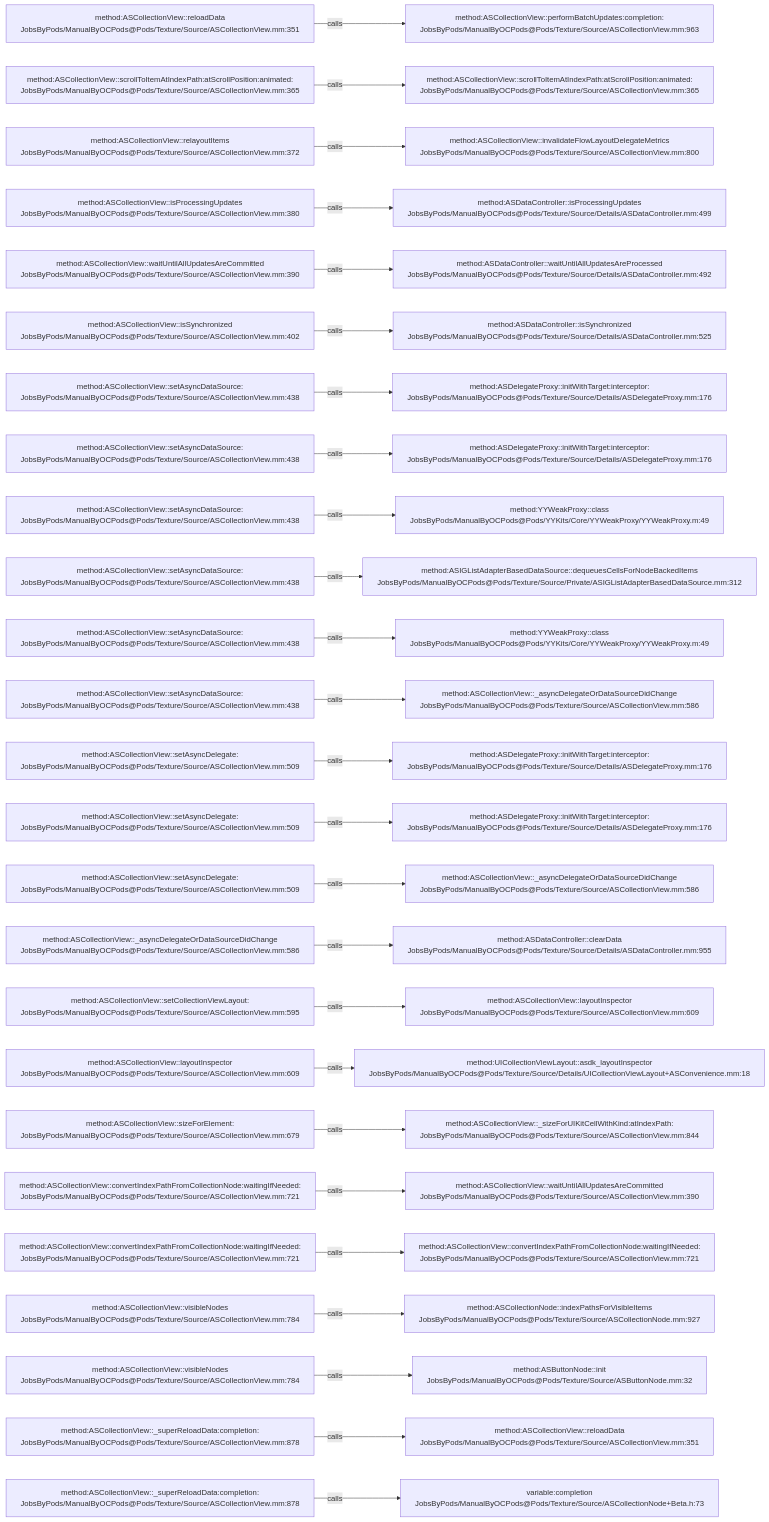
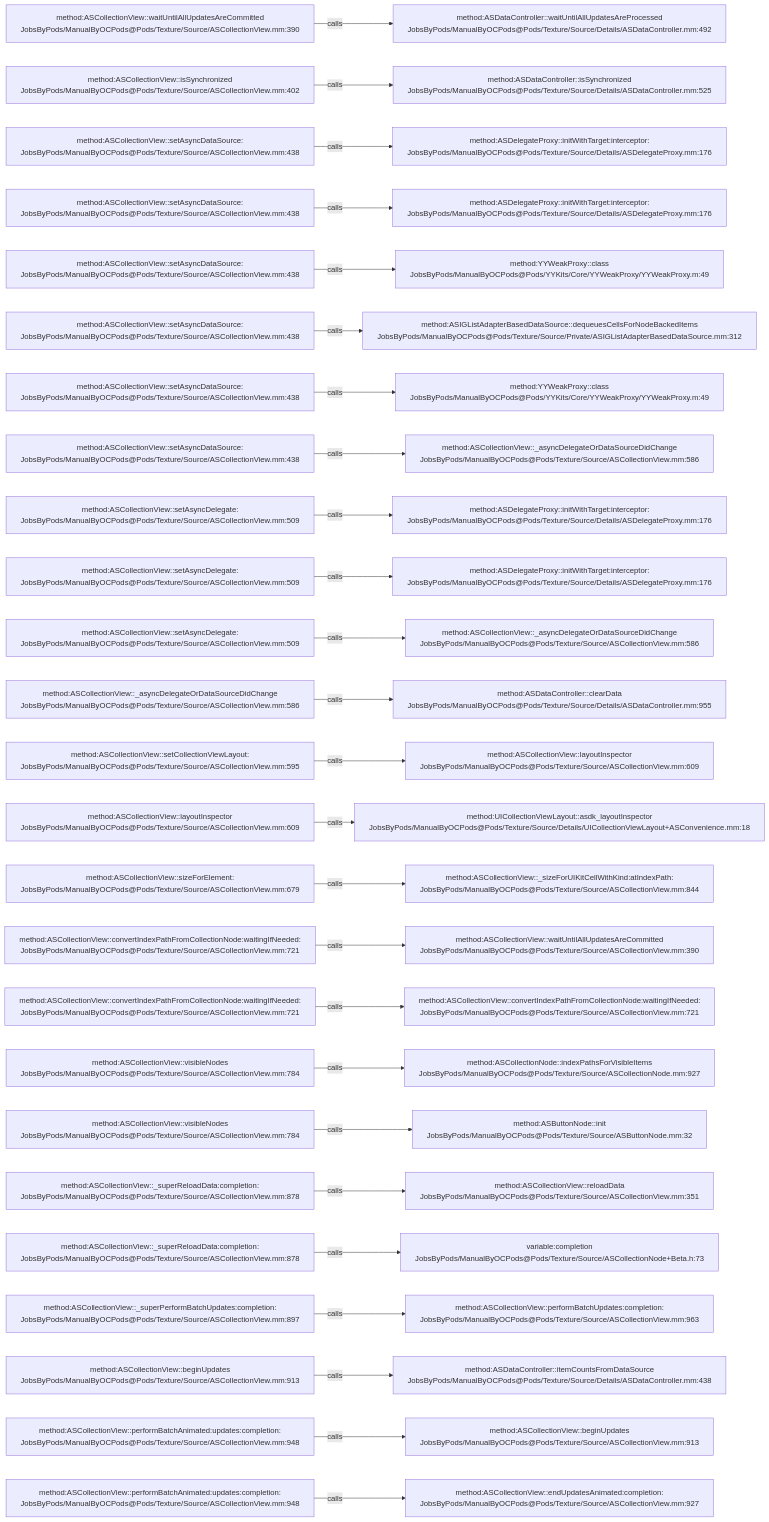
The diagram in .codegraph/codegraph.md/graphs/calls-078.md (JobsKits/JobsOCBaseConfigDemo), drawn with Mermaid before and after one commit. The commit also changed 727 other files, not shown here.

````diff
--- a/.codegraph/codegraph.md/graphs/calls-078.md
+++ b/.codegraph/codegraph.md/graphs/calls-078.md
@@ -13,78 +13,78 @@
 ```mermaid
 flowchart LR
-  S1["method:ASCollectionView::reloadData<br/>JobsByPods/ManualByOCPods@Pods/Texture/Source/ASCollectionView.mm:351"]
-  T1["method:ASCollectionView::performBatchUpdates:completion:<br/>JobsByPods/ManualByOCPods@Pods/Texture/Source/ASCollectionView.mm:963"]
+  S1["method:ASCollectionView::waitUntilAllUpdatesAreCommitted<br/>JobsByPods/ManualByOCPods@Pods/Texture/Source/ASCollectionView.mm:390"]
+  T1["method:ASDataController::waitUntilAllUpdatesAreProcessed<br/>JobsByPods/ManualByOCPods@Pods/Texture/Source/Details/ASDataController.mm:492"]
   S1 -->|calls| T1
-  S2["method:ASCollectionView::scrollToItemAtIndexPath:atScrollPosition:animated:<br/>JobsByPods/ManualByOCPods@Pods/Texture/Source/ASCollectionView.mm:365"]
-  T2["method:ASCollectionView::scrollToItemAtIndexPath:atScrollPosition:animated:<br/>JobsByPods/ManualByOCPods@Pods/Texture/Source/ASCollectionView.mm:365"]
+  S2["method:ASCollectionView::isSynchronized<br/>JobsByPods/ManualByOCPods@Pods/Texture/Source/ASCollectionView.mm:402"]
+  T2["method:ASDataController::isSynchronized<br/>JobsByPods/ManualByOCPods@Pods/Texture/Source/Details/ASDataController.mm:525"]
   S2 -->|calls| T2
-  S3["method:ASCollectionView::relayoutItems<br/>JobsByPods/ManualByOCPods@Pods/Texture/Source/ASCollectionView.mm:372"]
-  T3["method:ASCollectionView::invalidateFlowLayoutDelegateMetrics<br/>JobsByPods/ManualByOCPods@Pods/Texture/Source/ASCollectionView.mm:800"]
+  S3["method:ASCollectionView::setAsyncDataSource:<br/>JobsByPods/ManualByOCPods@Pods/Texture/Source/ASCollectionView.mm:438"]
+  T3["method:ASDelegateProxy::initWithTarget:interceptor:<br/>JobsByPods/ManualByOCPods@Pods/Texture/Source/Details/ASDelegateProxy.mm:176"]
   S3 -->|calls| T3
-  S4["method:ASCollectionView::isProcessingUpdates<br/>JobsByPods/ManualByOCPods@Pods/Texture/Source/ASCollectionView.mm:380"]
-  T4["method:ASDataController::isProcessingUpdates<br/>JobsByPods/ManualByOCPods@Pods/Texture/Source/Details/ASDataController.mm:499"]
+  S4["method:ASCollectionView::setAsyncDataSource:<br/>JobsByPods/ManualByOCPods@Pods/Texture/Source/ASCollectionView.mm:438"]
+  T4["method:ASDelegateProxy::initWithTarget:interceptor:<br/>JobsByPods/ManualByOCPods@Pods/Texture/Source/Details/ASDelegateProxy.mm:176"]
   S4 -->|calls| T4
-  S5["method:ASCollectionView::waitUntilAllUpdatesAreCommitted<br/>JobsByPods/ManualByOCPods@Pods/Texture/Source/ASCollectionView.mm:390"]
-  T5["method:ASDataController::waitUntilAllUpdatesAreProcessed<br/>JobsByPods/ManualByOCPods@Pods/Texture/Source/Details/ASDataController.mm:492"]
+  S5["method:ASCollectionView::setAsyncDataSource:<br/>JobsByPods/ManualByOCPods@Pods/Texture/Source/ASCollectionView.mm:438"]
+  T5["method:YYWeakProxy::class<br/>JobsByPods/ManualByOCPods@Pods/YYKits/Core/YYWeakProxy/YYWeakProxy.m:49"]
   S5 -->|calls| T5
-  S6["method:ASCollectionView::isSynchronized<br/>JobsByPods/ManualByOCPods@Pods/Texture/Source/ASCollectionView.mm:402"]
-  T6["method:ASDataController::isSynchronized<br/>JobsByPods/ManualByOCPods@Pods/Texture/Source/Details/ASDataController.mm:525"]
+  S6["method:ASCollectionView::setAsyncDataSource:<br/>JobsByPods/ManualByOCPods@Pods/Texture/Source/ASCollectionView.mm:438"]
+  T6["method:ASIGListAdapterBasedDataSource::dequeuesCellsForNodeBackedItems<br/>JobsByPods/ManualByOCPods@Pods/Texture/Source/Private/ASIGListAdapterBasedDataSource.mm:312"]
   S6 -->|calls| T6
   S7["method:ASCollectionView::setAsyncDataSource:<br/>JobsByPods/ManualByOCPods@Pods/Texture/Source/ASCollectionView.mm:438"]
-  T7["method:ASDelegateProxy::initWithTarget:interceptor:<br/>JobsByPods/ManualByOCPods@Pods/Texture/Source/Details/ASDelegateProxy.mm:176"]
+  T7["method:YYWeakProxy::class<br/>JobsByPods/ManualByOCPods@Pods/YYKits/Core/YYWeakProxy/YYWeakProxy.m:49"]
   S7 -->|calls| T7
   S8["method:ASCollectionView::setAsyncDataSource:<br/>JobsByPods/ManualByOCPods@Pods/Texture/Source/ASCollectionView.mm:438"]
-  T8["method:ASDelegateProxy::initWithTarget:interceptor:<br/>JobsByPods/ManualByOCPods@Pods/Texture/Source/Details/ASDelegateProxy.mm:176"]
+  T8["method:ASCollectionView::_asyncDelegateOrDataSourceDidChange<br/>JobsByPods/ManualByOCPods@Pods/Texture/Source/ASCollectionView.mm:586"]
   S8 -->|calls| T8
-  S9["method:ASCollectionView::setAsyncDataSource:<br/>JobsByPods/ManualByOCPods@Pods/Texture/Source/ASCollectionView.mm:438"]
-  T9["method:YYWeakProxy::class<br/>JobsByPods/ManualByOCPods@Pods/YYKits/Core/YYWeakProxy/YYWeakProxy.m:49"]
+  S9["method:ASCollectionView::setAsyncDelegate:<br/>JobsByPods/ManualByOCPods@Pods/Texture/Source/ASCollectionView.mm:509"]
+  T9["method:ASDelegateProxy::initWithTarget:interceptor:<br/>JobsByPods/ManualByOCPods@Pods/Texture/Source/Details/ASDelegateProxy.mm:176"]
   S9 -->|calls| T9
-  S10["method:ASCollectionView::setAsyncDataSource:<br/>JobsByPods/ManualByOCPods@Pods/Texture/Source/ASCollectionView.mm:438"]
-  T10["method:ASIGListAdapterBasedDataSource::dequeuesCellsForNodeBackedItems<br/>JobsByPods/ManualByOCPods@Pods/Texture/Source/Private/ASIGListAdapterBasedDataSource.mm:312"]
+  S10["method:ASCollectionView::setAsyncDelegate:<br/>JobsByPods/ManualByOCPods@Pods/Texture/Source/ASCollectionView.mm:509"]
+  T10["method:ASDelegateProxy::initWithTarget:interceptor:<br/>JobsByPods/ManualByOCPods@Pods/Texture/Source/Details/ASDelegateProxy.mm:176"]
   S10 -->|calls| T10
-  S11["method:ASCollectionView::setAsyncDataSource:<br/>JobsByPods/ManualByOCPods@Pods/Texture/Source/ASCollectionView.mm:438"]
-  T11["method:YYWeakProxy::class<br/>JobsByPods/ManualByOCPods@Pods/YYKits/Core/YYWeakProxy/YYWeakProxy.m:49"]
+  S11["method:ASCollectionView::setAsyncDelegate:<br/>JobsByPods/ManualByOCPods@Pods/Texture/Source/ASCollectionView.mm:509"]
+  T11["method:ASCollectionView::_asyncDelegateOrDataSourceDidChange<br/>JobsByPods/ManualByOCPods@Pods/Texture/Source/ASCollectionView.mm:586"]
   S11 -->|calls| T11
-  S12["method:ASCollectionView::setAsyncDataSource:<br/>JobsByPods/ManualByOCPods@Pods/Texture/Source/ASCollectionView.mm:438"]
-  T12["method:ASCollectionView::_asyncDelegateOrDataSourceDidChange<br/>JobsByPods/ManualByOCPods@Pods/Texture/Source/ASCollectionView.mm:586"]
+  S12["method:ASCollectionView::_asyncDelegateOrDataSourceDidChange<br/>JobsByPods/ManualByOCPods@Pods/Texture/Source/ASCollectionView.mm:586"]
+  T12["method:ASDataController::clearData<br/>JobsByPods/ManualByOCPods@Pods/Texture/Source/Details/ASDataController.mm:955"]
   S12 -->|calls| T12
-  S13["method:ASCollectionView::setAsyncDelegate:<br/>JobsByPods/ManualByOCPods@Pods/Texture/Source/ASCollectionView.mm:509"]
-  T13["method:ASDelegateProxy::initWithTarget:interceptor:<br/>JobsByPods/ManualByOCPods@Pods/Texture/Source/Details/ASDelegateProxy.mm:176"]
+  S13["method:ASCollectionView::setCollectionViewLayout:<br/>JobsByPods/ManualByOCPods@Pods/Texture/Source/ASCollectionView.mm:595"]
+  T13["method:ASCollectionView::layoutInspector<br/>JobsByPods/ManualByOCPods@Pods/Texture/Source/ASCollectionView.mm:609"]
   S13 -->|calls| T13
-  S14["method:ASCollectionView::setAsyncDelegate:<br/>JobsByPods/ManualByOCPods@Pods/Texture/Source/ASCollectionView.mm:509"]
-  T14["method:ASDelegateProxy::initWithTarget:interceptor:<br/>JobsByPods/ManualByOCPods@Pods/Texture/Source/Details/ASDelegateProxy.mm:176"]
+  S14["method:ASCollectionView::layoutInspector<br/>JobsByPods/ManualByOCPods@Pods/Texture/Source/ASCollectionView.mm:609"]
+  T14["method:UICollectionViewLayout::asdk_layoutInspector<br/>JobsByPods/ManualByOCPods@Pods/Texture/Source/Details/UICollectionViewLayout+ASConvenience.mm:18"]
   S14 -->|calls| T14
-  S15["method:ASCollectionView::setAsyncDelegate:<br/>JobsByPods/ManualByOCPods@Pods/Texture/Source/ASCollectionView.mm:509"]
-  T15["method:ASCollectionView::_asyncDelegateOrDataSourceDidChange<br/>JobsByPods/ManualByOCPods@Pods/Texture/Source/ASCollectionView.mm:586"]
+  S15["method:ASCollectionView::sizeForElement:<br/>JobsByPods/ManualByOCPods@Pods/Texture/Source/ASCollectionView.mm:679"]
+  T15["method:ASCollectionView::_sizeForUIKitCellWithKind:atIndexPath:<br/>JobsByPods/ManualByOCPods@Pods/Texture/Source/ASCollectionView.mm:844"]
   S15 -->|calls| T15
-  S16["method:ASCollectionView::_asyncDelegateOrDataSourceDidChange<br/>JobsByPods/ManualByOCPods@Pods/Texture/Source/ASCollectionView.mm:586"]
-  T16["method:ASDataController::clearData<br/>JobsByPods/ManualByOCPods@Pods/Texture/Source/Details/ASDataController.mm:955"]
+  S16["method:ASCollectionView::convertIndexPathFromCollectionNode:waitingIfNeeded:<br/>JobsByPods/ManualByOCPods@Pods/Texture/Source/ASCollectionView.mm:721"]
+  T16["method:ASCollectionView::waitUntilAllUpdatesAreCommitted<br/>JobsByPods/ManualByOCPods@Pods/Texture/Source/ASCollectionView.mm:390"]
   S16 -->|calls| T16
-  S17["method:ASCollectionView::setCollectionViewLayout:<br/>JobsByPods/ManualByOCPods@Pods/Texture/Source/ASCollectionView.mm:595"]
-  T17["method:ASCollectionView::layoutInspector<br/>JobsByPods/ManualByOCPods@Pods/Texture/Source/ASCollectionView.mm:609"]
+  S17["method:ASCollectionView::convertIndexPathFromCollectionNode:waitingIfNeeded:<br/>JobsByPods/ManualByOCPods@Pods/Texture/Source/ASCollectionView.mm:721"]
+  T17["method:ASCollectionView::convertIndexPathFromCollectionNode:waitingIfNeeded:<br/>JobsByPods/ManualByOCPods@Pods/Texture/Source/ASCollectionView.mm:721"]
   S17 -->|calls| T17
-  S18["method:ASCollectionView::layoutInspector<br/>JobsByPods/ManualByOCPods@Pods/Texture/Source/ASCollectionView.mm:609"]
-  T18["method:UICollectionViewLayout::asdk_layoutInspector<br/>JobsByPods/ManualByOCPods@Pods/Texture/Source/Details/UICollectionViewLayout+ASConvenience.mm:18"]
+  S18["method:ASCollectionView::visibleNodes<br/>JobsByPods/ManualByOCPods@Pods/Texture/Source/ASCollectionView.mm:784"]
+  T18["method:ASCollectionNode::indexPathsForVisibleItems<br/>JobsByPods/ManualByOCPods@Pods/Texture/Source/ASCollectionNode.mm:927"]
   S18 -->|calls| T18
-  S19["method:ASCollectionView::sizeForElement:<br/>JobsByPods/ManualByOCPods@Pods/Texture/Source/ASCollectionView.mm:679"]
-  T19["method:ASCollectionView::_sizeForUIKitCellWithKind:atIndexPath:<br/>JobsByPods/ManualByOCPods@Pods/Texture/Source/ASCollectionView.mm:844"]
+  S19["method:ASCollectionView::visibleNodes<br/>JobsByPods/ManualByOCPods@Pods/Texture/Source/ASCollectionView.mm:784"]
+  T19["method:ASButtonNode::init<br/>JobsByPods/ManualByOCPods@Pods/Texture/Source/ASButtonNode.mm:32"]
   S19 -->|calls| T19
-  S20["method:ASCollectionView::convertIndexPathFromCollectionNode:waitingIfNeeded:<br/>JobsByPods/ManualByOCPods@Pods/Texture/Source/ASCollectionView.mm:721"]
-  T20["method:ASCollectionView::waitUntilAllUpdatesAreCommitted<br/>JobsByPods/ManualByOCPods@Pods/Texture/Source/ASCollectionView.mm:390"]
+  S20["method:ASCollectionView::_superReloadData:completion:<br/>JobsByPods/ManualByOCPods@Pods/Texture/Source/ASCollectionView.mm:878"]
+  T20["method:ASCollectionView::reloadData<br/>JobsByPods/ManualByOCPods@Pods/Texture/Source/ASCollectionView.mm:351"]
   S20 -->|calls| T20
-  S21["method:ASCollectionView::convertIndexPathFromCollectionNode:waitingIfNeeded:<br/>JobsByPods/ManualByOCPods@Pods/Texture/Source/ASCollectionView.mm:721"]
-  T21["method:ASCollectionView::convertIndexPathFromCollectionNode:waitingIfNeeded:<br/>JobsByPods/ManualByOCPods@Pods/Texture/Source/ASCollectionView.mm:721"]
+  S21["method:ASCollectionView::_superReloadData:completion:<br/>JobsByPods/ManualByOCPods@Pods/Texture/Source/ASCollectionView.mm:878"]
+  T21["variable:completion<br/>JobsByPods/ManualByOCPods@Pods/Texture/Source/ASCollectionNode+Beta.h:73"]
   S21 -->|calls| T21
-  S22["method:ASCollectionView::visibleNodes<br/>JobsByPods/ManualByOCPods@Pods/Texture/Source/ASCollectionView.mm:784"]
-  T22["method:ASCollectionNode::indexPathsForVisibleItems<br/>JobsByPods/ManualByOCPods@Pods/Texture/Source/ASCollectionNode.mm:927"]
+  S22["method:ASCollectionView::_superPerformBatchUpdates:completion:<br/>JobsByPods/ManualByOCPods@Pods/Texture/Source/ASCollectionView.mm:897"]
+  T22["method:ASCollectionView::performBatchUpdates:completion:<br/>JobsByPods/ManualByOCPods@Pods/Texture/Source/ASCollectionView.mm:963"]
   S22 -->|calls| T22
-  S23["method:ASCollectionView::visibleNodes<br/>JobsByPods/ManualByOCPods@Pods/Texture/Source/ASCollectionView.mm:784"]
-  T23["method:ASButtonNode::init<br/>JobsByPods/ManualByOCPods@Pods/Texture/Source/ASButtonNode.mm:32"]
+  S23["method:ASCollectionView::beginUpdates<br/>JobsByPods/ManualByOCPods@Pods/Texture/Source/ASCollectionView.mm:913"]
+  T23["method:ASDataController::itemCountsFromDataSource<br/>JobsByPods/ManualByOCPods@Pods/Texture/Source/Details/ASDataController.mm:438"]
   S23 -->|calls| T23
-  S24["method:ASCollectionView::_superReloadData:completion:<br/>JobsByPods/ManualByOCPods@Pods/Texture/Source/ASCollectionView.mm:878"]
-  T24["method:ASCollectionView::reloadData<br/>JobsByPods/ManualByOCPods@Pods/Texture/Source/ASCollectionView.mm:351"]
+  S24["method:ASCollectionView::performBatchAnimated:updates:completion:<br/>JobsByPods/ManualByOCPods@Pods/Texture/Source/ASCollectionView.mm:948"]
+  T24["method:ASCollectionView::beginUpdates<br/>JobsByPods/ManualByOCPods@Pods/Texture/Source/ASCollectionView.mm:913"]
   S24 -->|calls| T24
-  S25["method:ASCollectionView::_superReloadData:completion:<br/>JobsByPods/ManualByOCPods@Pods/Texture/Source/ASCollectionView.mm:878"]
-  T25["variable:completion<br/>JobsByPods/ManualByOCPods@Pods/Texture/Source/ASCollectionNode+Beta.h:73"]
+  S25["method:ASCollectionView::performBatchAnimated:updates:completion:<br/>JobsByPods/ManualByOCPods@Pods/Texture/Source/ASCollectionView.mm:948"]
+  T25["method:ASCollectionView::endUpdatesAnimated:completion:<br/>JobsByPods/ManualByOCPods@Pods/Texture/Source/ASCollectionView.mm:927"]
   S25 -->|calls| T25
 ```
````
